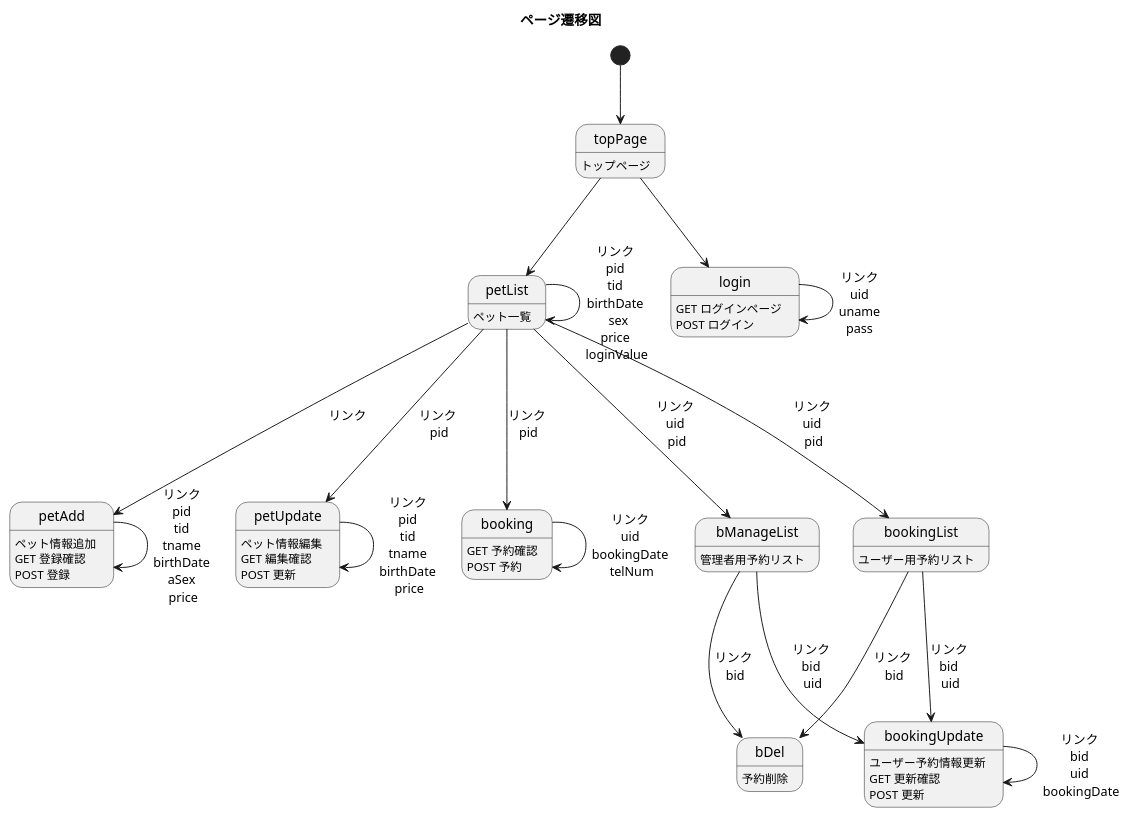
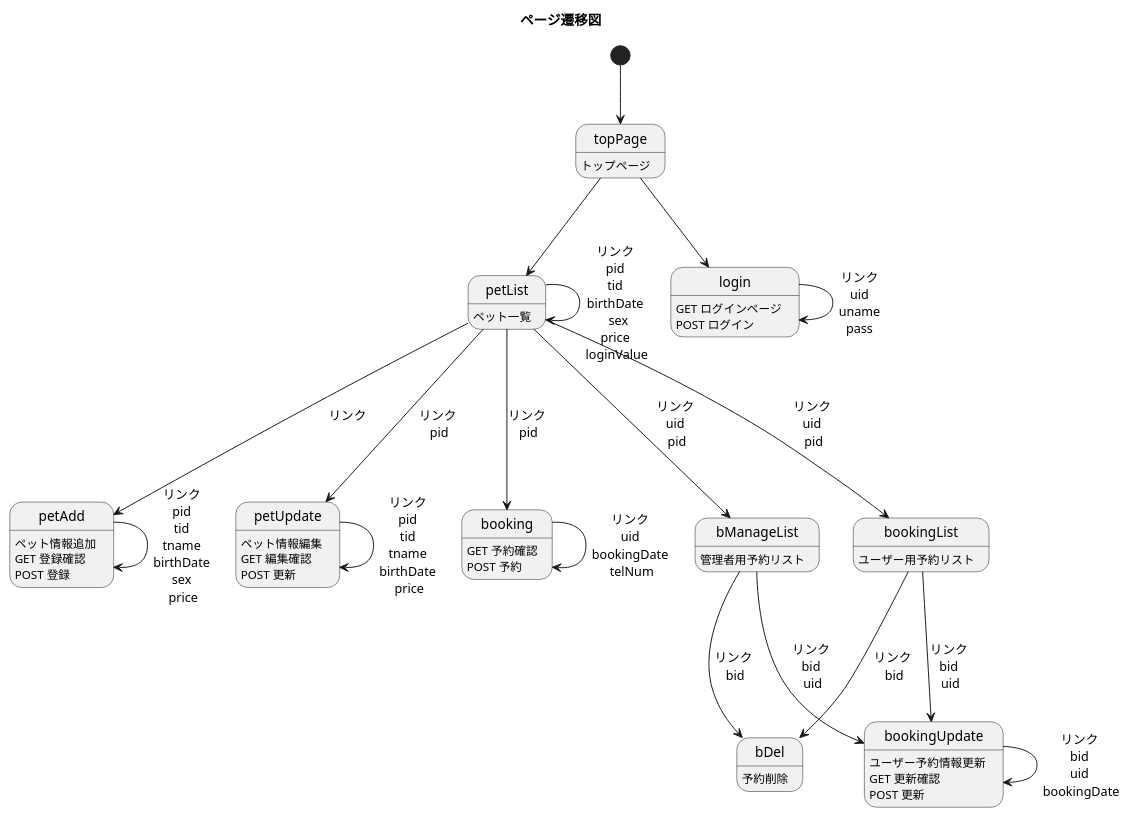
The diagram in UML/screenTransitionDiagram.pu (Tyamanaka07/WebSystem), drawn with PlantUML before and after one commit.

Commit message:
画面遷移図修正

```diff
--- a/UML/screenTransitionDiagram.pu
+++ b/UML/screenTransitionDiagram.pu
@@ -1,36 +1,36 @@
 @startuml
 title ページ遷移図
 
 topPage : トップページ
 petList : ペット一覧
 login : GET ログインページ \nPOST ログイン
 petAdd : ペット情報追加 \nGET 登録確認 \nPOST 登録
 petUpdate : ペット情報編集 \nGET 編集確認 \nPOST 更新
 booking : GET 予約確認\nPOST 予約
 bDel : 予約削除
 bookingUpdate : ユーザー予約情報更新 \nGET 更新確認 \nPOST 更新
 bookingList : ユーザー用予約リスト
 bManageList : 管理者用予約リスト
 
 
 [*] --> topPage
 topPage --> petList
 topPage --> login
 login --> login : リンク\nuid\nuname\npass
 petList --> petAdd : リンク \n
-petAdd --> petAdd : リンク \npid \ntid \ntname \nbirthDate \naSex \nprice
+petAdd --> petAdd : リンク \npid \ntid \ntname \nbirthDate \nsex \nprice
 petList --> booking : リンク \npid
 booking --> booking : リンク \nuid \nbookingDate \ntelNum
 petList --> bookingList : リンク \nuid \npid
 bookingList --> bDel : リンク \nbid
 petList --> bManageList : リンク \nuid \npid
 bManageList --> bDel : リンク \nbid
 petList --> petList : リンク \npid \ntid \nbirthDate \n sex\nprice \nloginValue
 petList --> petUpdate : リンク \npid
 petUpdate --> petUpdate : リンク \npid \ntid \ntname \nbirthDate \nprice
 bookingList --> bookingUpdate : リンク \nbid \nuid
 bManageList --> bookingUpdate : リンク \nbid \nuid
 bookingUpdate --> bookingUpdate : リンク \nbid \nuid \nbookingDate
 
 
 @enduml
```
